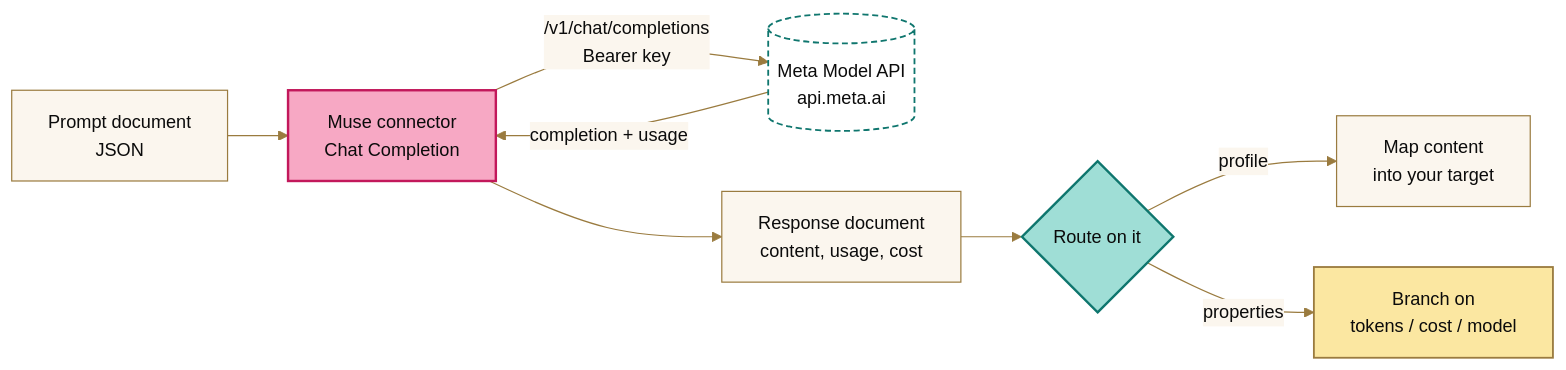
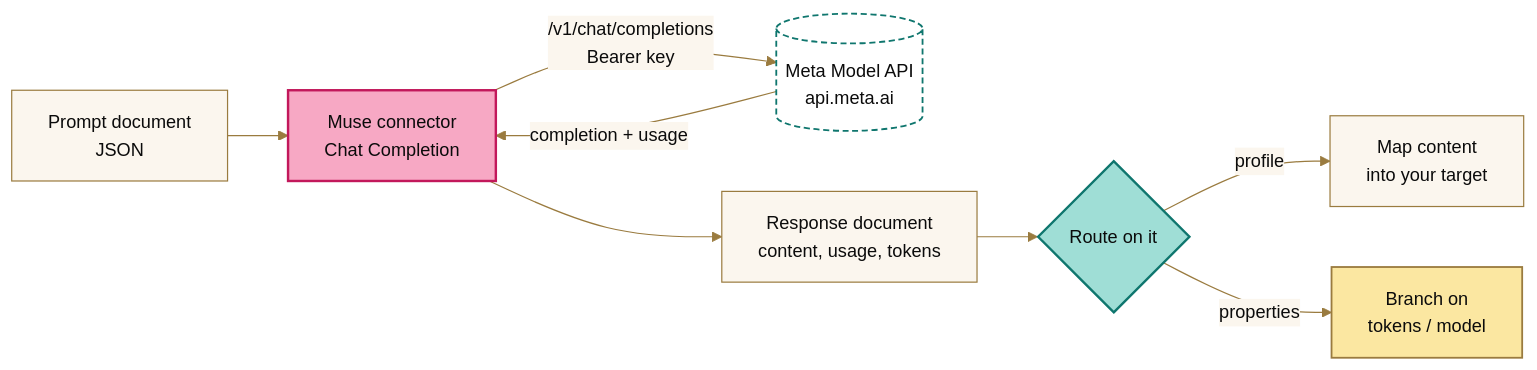
Before and after one commit to brianbrinley/BoomiCustomConnectors: the first of 2 diagrams in muse-connector/README.md, drawn with Mermaid. The commit also changed other lines of this file and 12 other files, not shown here.

````diff
--- a/muse-connector/README.md
+++ b/muse-connector/README.md
@@ -14,20 +14,20 @@
 ```mermaid
 %%{init: {"theme": "base", "fontFamily": "Josefin Sans, trebuchet ms, verdana, arial, sans-serif", "themeVariables": {"fontSize": "15px", "background": "#FBF6EE", "primaryColor": "#FBF6EE", "primaryTextColor": "#0B0B0B", "primaryBorderColor": "#9A7B3F", "lineColor": "#9A7B3F", "textColor": "#0B0B0B", "secondaryColor": "#9FDED6", "tertiaryColor": "#FBE7A1", "edgeLabelBackground": "#FBF6EE", "clusterBkg": "#FBF6EE", "clusterBorder": "#9A7B3F", "actorBkg": "#F7A8C4", "actorBorder": "#C2185B", "actorTextColor": "#0B0B0B", "actorLineColor": "#9A7B3F", "signalColor": "#0B0B0B", "signalTextColor": "#0B0B0B", "labelBoxBkgColor": "#FBE7A1", "labelBoxBorderColor": "#9A7B3F", "labelTextColor": "#0B0B0B", "loopTextColor": "#0B0B0B", "noteBkgColor": "#FBE7A1", "noteBorderColor": "#9A7B3F", "noteTextColor": "#0B0B0B", "activationBkgColor": "#9FDED6", "activationBorderColor": "#0F766E", "sequenceNumberColor": "#FBF6EE"}}}%%
 flowchart LR
     P["Prompt document<br/>JSON"] --> M["Muse connector<br/>Chat Completion"]
     M -->|"/v1/chat/completions<br/>Bearer key"| API[("Meta Model API<br/>api.meta.ai")]
     API -->|"completion + usage"| M
-    M --> R["Response document<br/>content, usage, cost"]
+    M --> R["Response document<br/>content, usage, tokens"]
     R --> D{"Route on it"}
     D -->|profile| MAP["Map content<br/>into your target"]
-    D -->|properties| PROP["Branch on<br/>tokens / cost / model"]
+    D -->|properties| PROP["Branch on<br/>tokens / model"]
     class M focus
     class API external
     class D decision
     class PROP highlight
     classDef focus fill:#F7A8C4,stroke:#C2185B,stroke-width:2px,color:#0B0B0B
     classDef decision fill:#9FDED6,stroke:#0F766E,stroke-width:2px,color:#0B0B0B
     classDef highlight fill:#FBE7A1,stroke:#9A7B3F,stroke-width:1.5px,color:#0B0B0B
     classDef external fill:#FFFFFF,stroke:#0F766E,stroke-width:1.5px,stroke-dasharray:5 3,color:#0B0B0B
     classDef error fill:#FFFFFF,stroke:#D03B3B,stroke-width:2px,color:#0B0B0B
 ```
````
